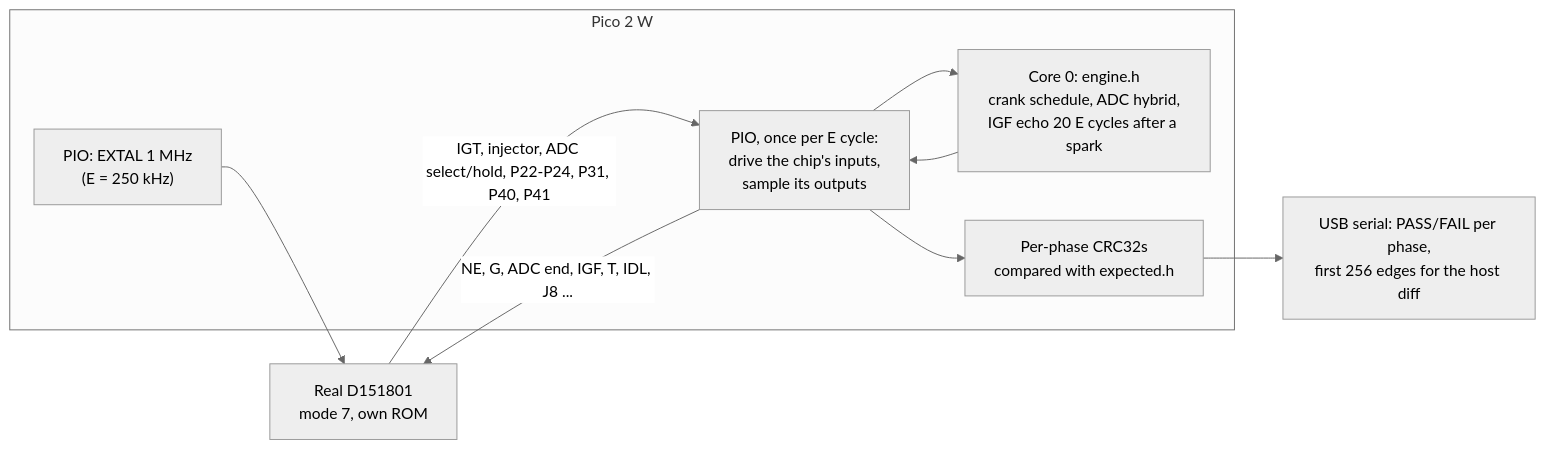
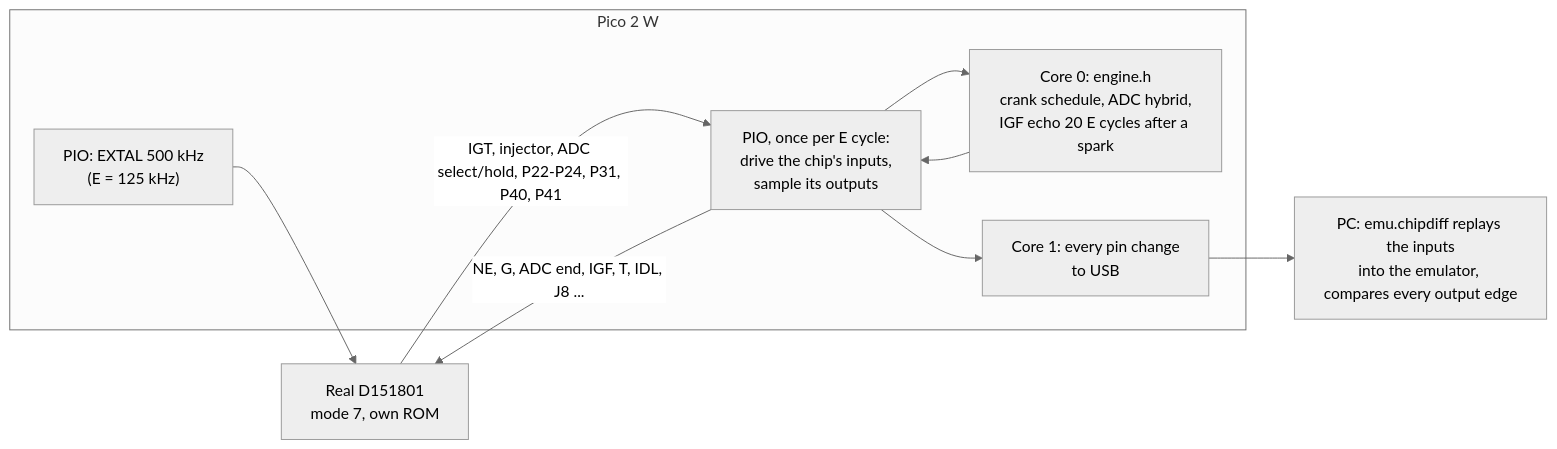
The diagram in docs/hardware/chip_diff_test.md (kurt-culley/Toyota-PCM-hacking), drawn with Mermaid (neutral theme) before and after one commit. The commit also changed other lines of this file and 9 other files, not shown here.

````diff
--- a/docs/hardware/chip_diff_test.md
+++ b/docs/hardware/chip_diff_test.md
@@ -16,16 +16,16 @@
 ```mermaid
 flowchart LR
   subgraph PICO["Pico 2 W"]
-    CLK["PIO: EXTAL 1 MHz<br/>(E = 250 kHz)"]
+    CLK["PIO: EXTAL 500 kHz<br/>(E = 125 kHz)"]
     IO["PIO, once per E cycle:<br/>drive the chip's inputs,<br/>sample its outputs"]
     ENG["Core 0: engine.h<br/>crank schedule, ADC hybrid,<br/>IGF echo 20 E cycles after a spark"]
-    CMP["Per-phase CRC32s<br/>compared with expected.h"]
+    LOG["Core 1: every pin change<br/>to USB"]
     IO --> ENG --> IO
-    IO --> CMP
+    IO --> LOG
   end
   CHIP["Real D151801<br/>mode 7, own ROM"]
   CLK --> CHIP
   IO -->|NE, G, ADC end, IGF, T, IDL, J8 ...| CHIP
   CHIP -->|IGT, injector, ADC select/hold, P22-P24, P31, P40, P41| IO
-  CMP --> USB["USB serial: PASS/FAIL per phase,<br/>first 256 edges for the host diff"]
+  LOG --> PC["PC: emu.chipdiff replays the inputs<br/>into the emulator, compares every output edge"]
 ```
````
